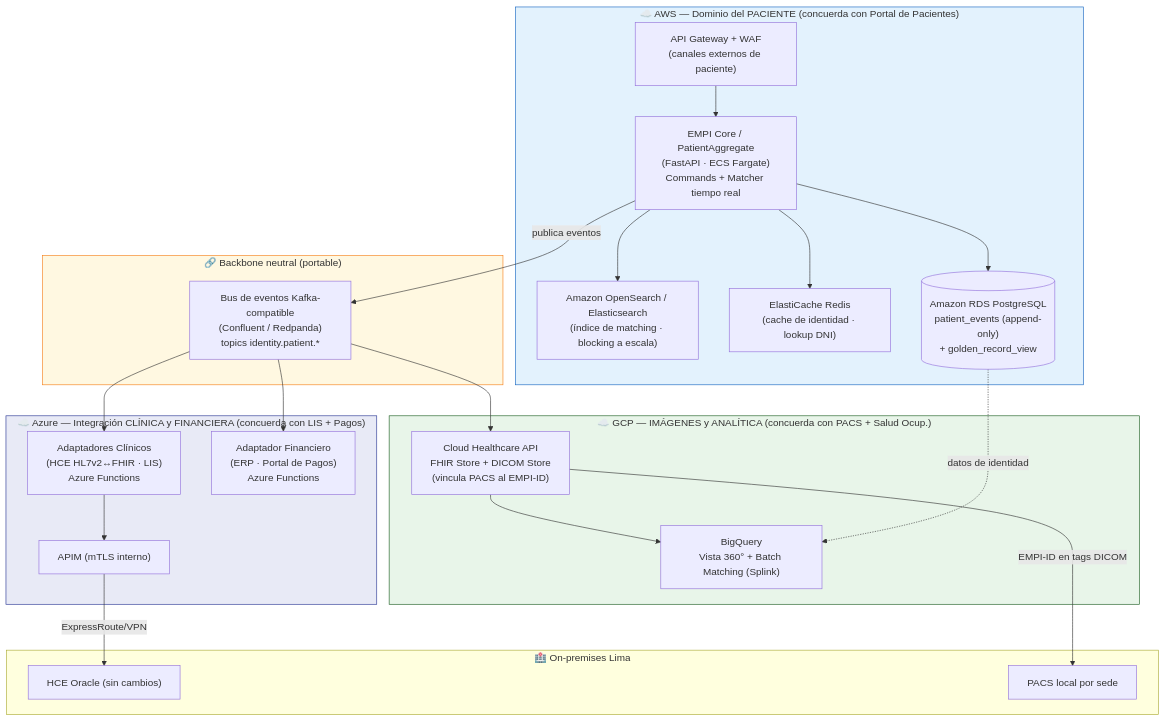
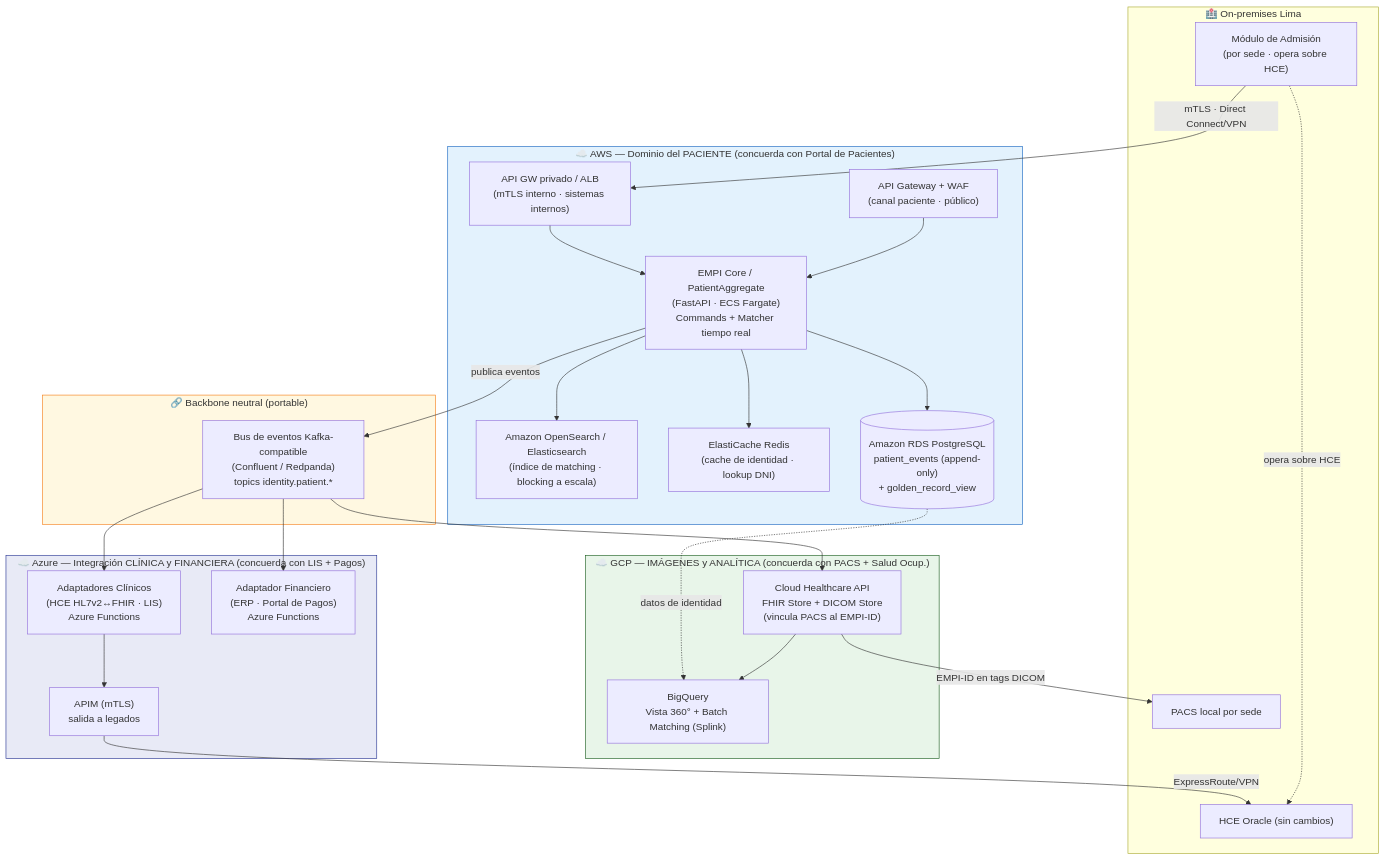
The second of 4 diagrams in entregables_hito3/04_Alternativa3_Mejorada_C4_Model.md (JeielLovera/proyecto_utec_sanared), drawn with Mermaid before and after one commit. The commit also changed other lines of this file and 124 other files, not shown here.

````diff
--- a/entregables_hito3/04_Alternativa3_Mejorada_C4_Model.md
+++ b/entregables_hito3/04_Alternativa3_Mejorada_C4_Model.md
@@ -62,49 +62,54 @@
 ```mermaid
 graph TB
     subgraph AWS["☁️ AWS — Dominio del PACIENTE (concuerda con Portal de Pacientes)"]
-        APIGW["API Gateway + WAF\n(canales externos de paciente)"]
+        APIGW["API Gateway + WAF\n(canal paciente · público)"]
+        APIMTLS["API GW privado / ALB\n(mTLS interno · sistemas internos)"]
         CORE["EMPI Core / PatientAggregate\n(FastAPI · ECS Fargate)\nCommands + Matcher tiempo real"]
         SEARCH["Amazon OpenSearch / Elasticsearch\n(índice de matching · blocking a escala)"]
         REDIS["ElastiCache Redis\n(cache de identidad · lookup DNI)"]
         ES[("Amazon RDS PostgreSQL\npatient_events (append-only)\n+ golden_record_view")]
     end
 
     subgraph AZURE["☁️ Azure — Integración CLÍNICA y FINANCIERA (concuerda con LIS + Pagos)"]
-        APIM["APIM (mTLS interno)"]
+        APIM["APIM (mTLS)\nsalida a legados"]
         ADCLI["Adaptadores Clínicos\n(HCE HL7v2↔FHIR · LIS)\nAzure Functions"]
         ADFIN["Adaptador Financiero\n(ERP · Portal de Pagos)\nAzure Functions"]
     end
 
     subgraph GCP["☁️ GCP — IMÁGENES y ANALÍTICA (concuerda con PACS + Salud Ocup.)"]
         HCAPI["Cloud Healthcare API\nFHIR Store + DICOM Store\n(vincula PACS al EMPI-ID)"]
         BQ["BigQuery\nVista 360° + Batch Matching (Splink)"]
     end
 
     subgraph NEUTRAL["🔗 Backbone neutral (portable)"]
         BUS["Bus de eventos Kafka-compatible\n(Confluent / Redpanda)\ntopics identity.patient.*"]
     end
 
     subgraph ONPREM["🏥 On-premises Lima"]
+        ADMIS["Módulo de Admisión\n(por sede · opera sobre HCE)"]
         HCE["HCE Oracle (sin cambios)"]
         PACSL["PACS local por sede"]
     end
 
     APIGW --> CORE
+    ADMIS -->|"mTLS · Direct Connect/VPN"| APIMTLS
+    APIMTLS --> CORE
+    ADMIS -.->|"opera sobre HCE"| HCE
     CORE --> REDIS
     CORE --> SEARCH
     CORE --> ES
     CORE -->|publica eventos| BUS
     BUS --> ADCLI
     BUS --> ADFIN
     BUS --> HCAPI
     ADCLI --> APIM
     APIM -->|"ExpressRoute/VPN"| HCE
     HCAPI -->|"EMPI-ID en tags DICOM"| PACSL
     HCAPI --> BQ
     ES -.->|datos de identidad| BQ
 
     style AWS fill:#e3f2fd,stroke:#1565c0
     style AZURE fill:#e8eaf6,stroke:#283593
     style GCP fill:#e8f5e9,stroke:#1b5e20
     style NEUTRAL fill:#fff8e1,stroke:#f57f17
 ```
````
